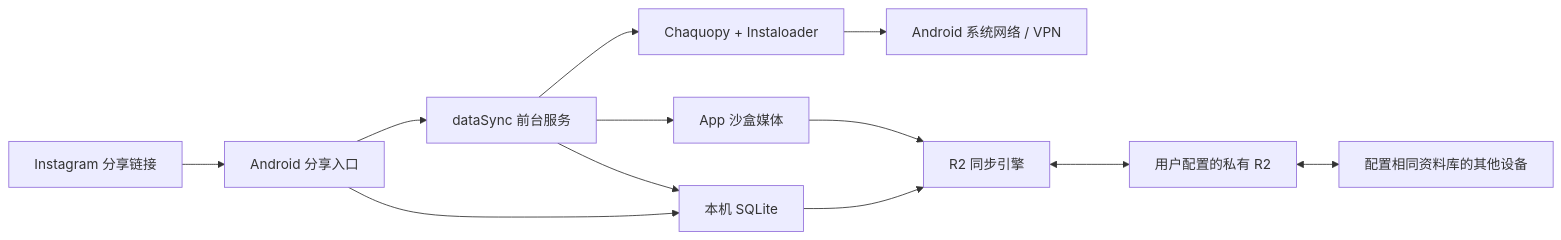
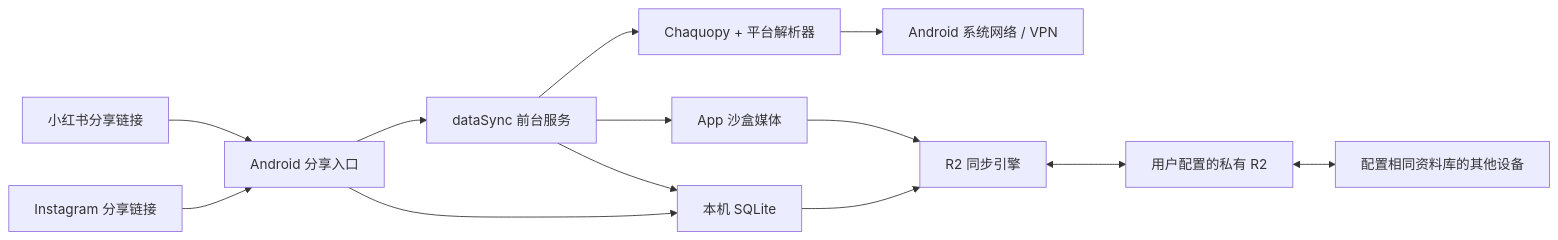
Before and after one commit to arsenalxj/PhotoBook: the first of 2 diagrams in docs/architecture-plan.md, drawn with Mermaid. The commit also changed other lines of this file and 47 other files, not shown here.

````diff
--- a/docs/architecture-plan.md
+++ b/docs/architecture-plan.md
@@ -13,14 +13,15 @@
 ```mermaid
 flowchart LR
     IG["Instagram 分享链接"] --> ACT["Android 分享入口"]
+    XHS["小红书分享链接"] --> ACT
     ACT --> DB["本机 SQLite"]
     ACT --> FGS["dataSync 前台服务"]
-    FGS --> PY["Chaquopy + Instaloader"]
+    FGS --> PY["Chaquopy + 平台解析器"]
     PY --> NET["Android 系统网络 / VPN"]
     FGS --> FILES["App 沙盒媒体"]
     FGS --> DB
     DB --> SYNC["R2 同步引擎"]
     FILES --> SYNC
     SYNC <--> R2["用户配置的私有 R2"]
     R2 <--> OTHER["配置相同资料库的其他设备"]
 ```
````
